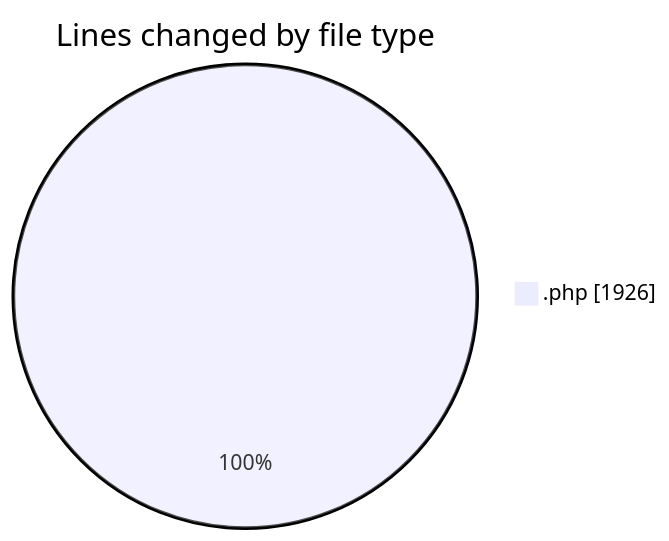
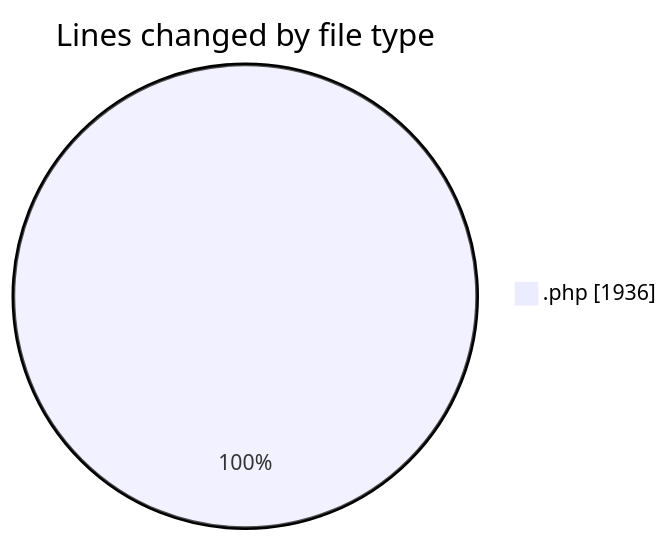
Before and after one commit to debugP/code-tracking: the first of 2 diagrams in 2025-10-07/untitled__workspace_/README.md, drawn with Mermaid. The commit also changed other lines of this file and 1 other file, not shown here.

````diff
--- a/2025-10-07/untitled__workspace_/README.md
+++ b/2025-10-07/untitled__workspace_/README.md
@@ -21,5 +21,5 @@
 ```mermaid
 pie showData
 title Lines changed by file type
-".php" : 1926
+".php" : 1936
 ```
````
